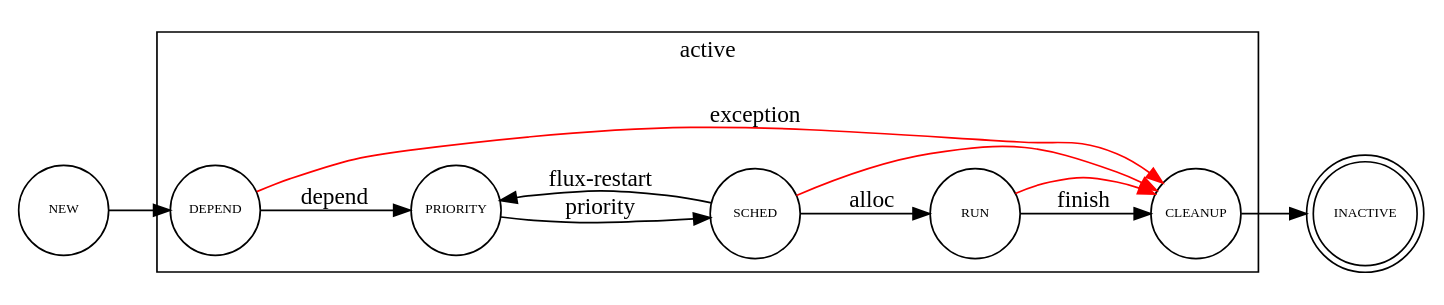
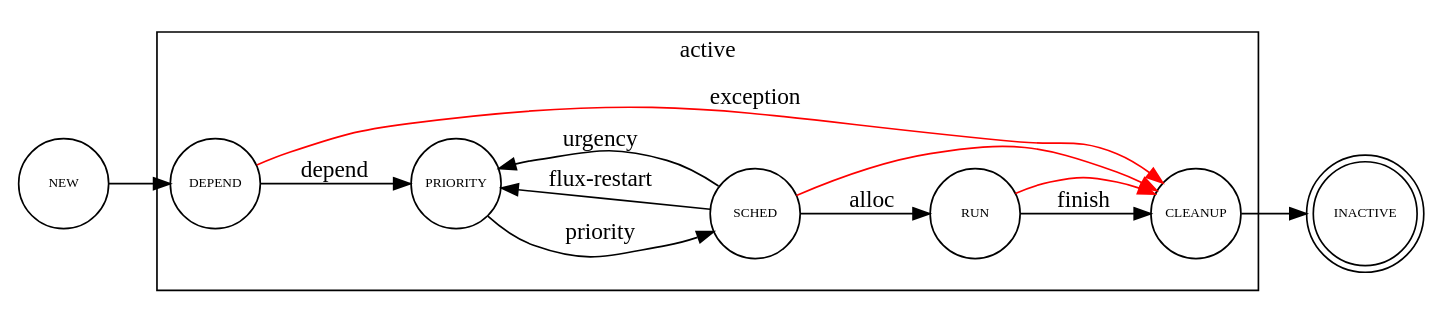
One commit to flux-framework/rfc changed the diagram in data/spec_21/states.dot. Above: the diagram before and after it, drawn with Graphviz. The commit also changed 1 other file, not shown here.

Commit message:
rfc21: allow SCHED->PRIORITY on urgency event
Problem: the priority must be recalculated if the job urgency
changes, but since the job is already past PRIORITY state, this
requires special case handling.

In addition, the priority plugin may take a while to calculate
the new priority and this will not be visible to users.  It would
be better to transition back to the PRIORITY state.

Update state diagram to allow for SCHED->PRIORITY transition
on the urgency event.

```diff
--- a/data/spec_21/states.dot
+++ b/data/spec_21/states.dot
@@ -1,33 +1,34 @@
 digraph states {
     rankdir=LR
 
 #size="8,5"
 
     node [shape=doublecircle fontsize=8 fixsize=shape width=0.75]; INACTIVE
 
     node [shape=circle fontsize=8 fixedsize=shape width=0.75];
 
     subgraph cluster_main {
         label = "active";
         DEPEND;
         PRIORITY;
         SCHED;
         RUN;
         CLEANUP;
     }
 
     NEW -> DEPEND;
     DEPEND -> PRIORITY [label="depend"];
     PRIORITY -> SCHED [label="priority"];
     SCHED -> RUN [label="alloc"];
     RUN -> CLEANUP [label="finish"];
     CLEANUP -> INACTIVE;
 
     SCHED -> PRIORITY [label="flux-restart"]
+    SCHED -> PRIORITY [label="urgency"]
 
     edge [weight=0 color="red"];
 
     DEPEND -> CLEANUP [label="exception"];
     SCHED -> CLEANUP;
     RUN -> CLEANUP;
 }
```
